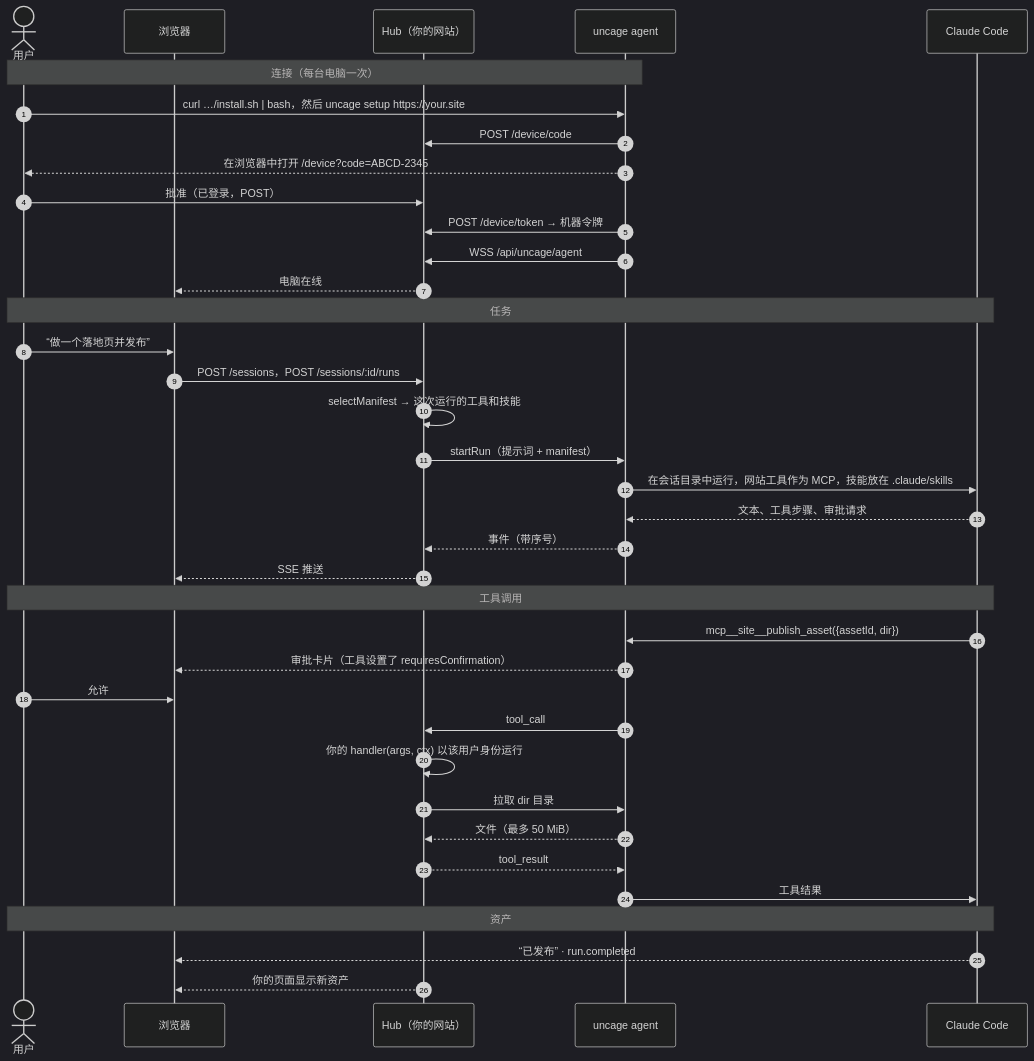
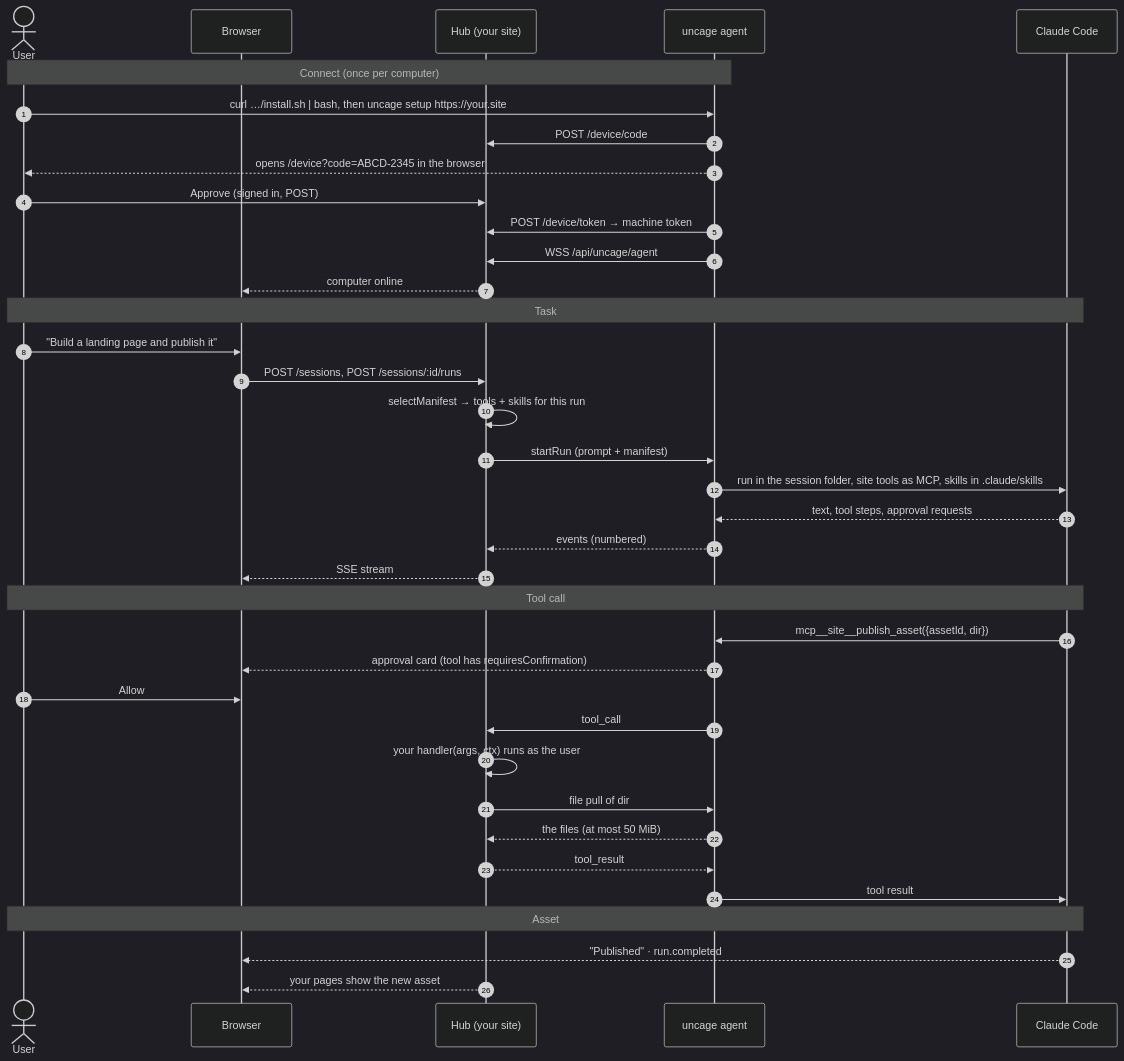
The second of 2 diagrams in apps/docs/src/content/docs/zh-cn/start/how-it-works.md (ptmafia/uncage), drawn with Mermaid (dark theme) before and after one commit. The commit also changed other lines of this file and 24 other files, not shown here.

````diff
--- a/apps/docs/src/content/docs/zh-cn/start/how-it-works.md
+++ b/apps/docs/src/content/docs/zh-cn/start/how-it-works.md
@@ -41,39 +41,39 @@
 ```mermaid
 sequenceDiagram
   autonumber
-  actor U as 用户
-  participant B as 浏览器
-  participant H as Hub（你的网站）
+  actor U as User
+  participant B as Browser
+  participant H as Hub (your site)
   participant A as uncage agent
   participant C as Claude Code
-  Note over U,A: 连接（每台电脑一次）
-  U->>A: curl …/install.sh | bash，然后 uncage setup https://your.site
+  Note over U,A: Connect (once per computer)
+  U->>A: curl …/install.sh | bash, then uncage setup https://your.site
   A->>H: POST /device/code
-  A-->>U: 在浏览器中打开 /device?code=ABCD-2345
-  U->>H: 批准（已登录，POST）
-  A->>H: POST /device/token → 机器令牌
+  A-->>U: opens /device?code=ABCD-2345 in the browser
+  U->>H: Approve (signed in, POST)
+  A->>H: POST /device/token → machine token
   A->>H: WSS /api/uncage/agent
-  H-->>B: 电脑在线
-  Note over U,C: 任务
-  U->>B: “做一个落地页并发布”
-  B->>H: POST /sessions，POST /sessions/:id/runs
-  H->>H: selectManifest → 这次运行的工具和技能
-  H->>A: startRun（提示词 + manifest）
-  A->>C: 在会话目录中运行，网站工具作为 MCP，技能放在 .claude/skills
-  C-->>A: 文本、工具步骤、审批请求
-  A-->>H: 事件（带序号）
-  H-->>B: SSE 推送
-  Note over U,C: 工具调用
+  H-->>B: computer online
+  Note over U,C: Task
+  U->>B: "Build a landing page and publish it"
+  B->>H: POST /sessions, POST /sessions/:id/runs
+  H->>H: selectManifest → tools + skills for this run
+  H->>A: startRun (prompt + manifest)
+  A->>C: run in the session folder, site tools as MCP, skills in .claude/skills
+  C-->>A: text, tool steps, approval requests
+  A-->>H: events (numbered)
+  H-->>B: SSE stream
+  Note over U,C: Tool call
   C->>A: mcp__site__publish_asset({assetId, dir})
-  A-->>B: 审批卡片（工具设置了 requiresConfirmation）
-  U->>B: 允许
+  A-->>B: approval card (tool has requiresConfirmation)
+  U->>B: Allow
   A->>H: tool_call
-  H->>H: 你的 handler(args, ctx) 以该用户身份运行
-  H->>A: 拉取 dir 目录
-  A-->>H: 文件（最多 50 MiB）
+  H->>H: your handler(args, ctx) runs as the user
+  H->>A: file pull of dir
+  A-->>H: the files (at most 50 MiB)
   H-->>A: tool_result
-  A->>C: 工具结果
-  Note over U,C: 资产
-  C-->>B: “已发布” · run.completed
-  H-->>B: 你的页面显示新资产
+  A->>C: tool result
+  Note over U,C: Asset
+  C-->>B: "Published" · run.completed
+  H-->>B: your pages show the new asset
 ```
````
